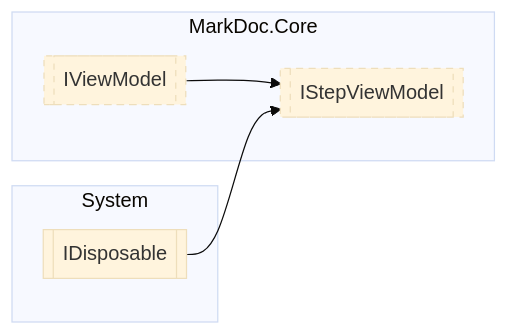
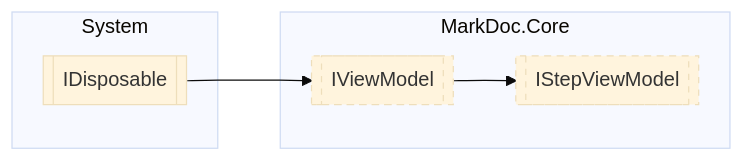
One commit to hailstorm75/ModularDoc changed the diagram in sourceWiki/markdoc/core/IStepViewModel.md. Above: the diagram before and after it, drawn with Mermaid (base theme). The commit also changed 20 other files, not shown here.

````diff
--- a/sourceWiki/markdoc/core/IStepViewModel.md
+++ b/sourceWiki/markdoc/core/IStepViewModel.md
@@ -7,16 +7,16 @@
 ```mermaid
   flowchart LR
   classDef interfaceStyle stroke-dasharray: 5 5;
   classDef abstractStyle stroke-width:4px
   subgraph MarkDoc.Core
   MarkDoc.Core.IStepViewModel[[IStepViewModel]]
   class MarkDoc.Core.IStepViewModel interfaceStyle;
   MarkDoc.Core.IViewModel[[IViewModel]]
   class MarkDoc.Core.IViewModel interfaceStyle;
   end
   subgraph System
 System.IDisposable[[IDisposable]]
   end
 MarkDoc.Core.IViewModel --> MarkDoc.Core.IStepViewModel
-System.IDisposable --> MarkDoc.Core.IStepViewModel
+System.IDisposable --> MarkDoc.Core.IViewModel
 ```
````
